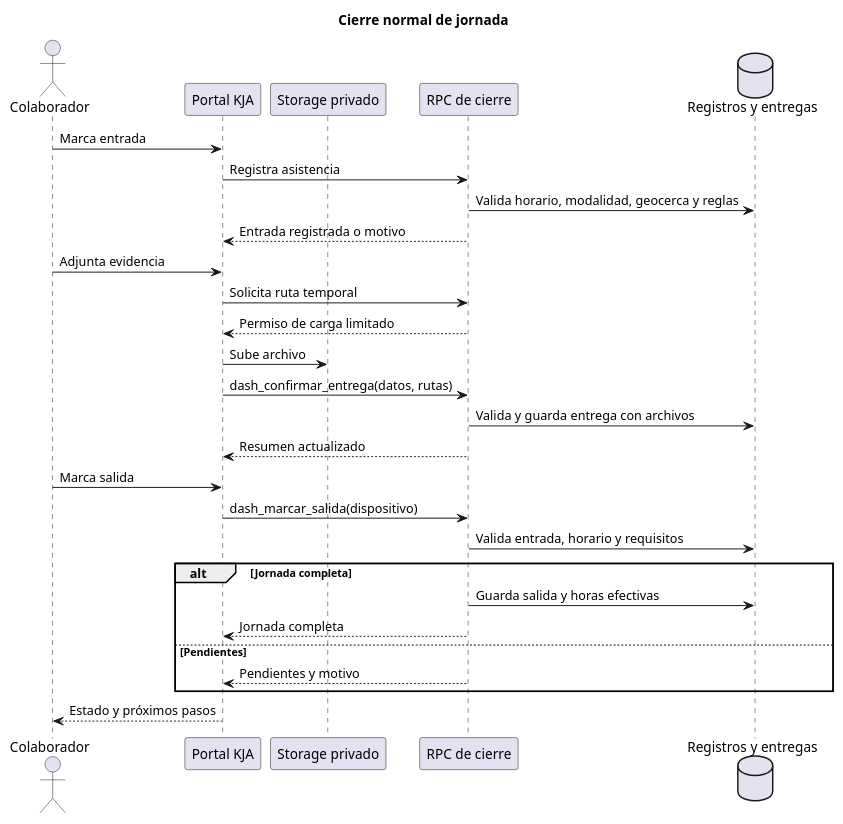
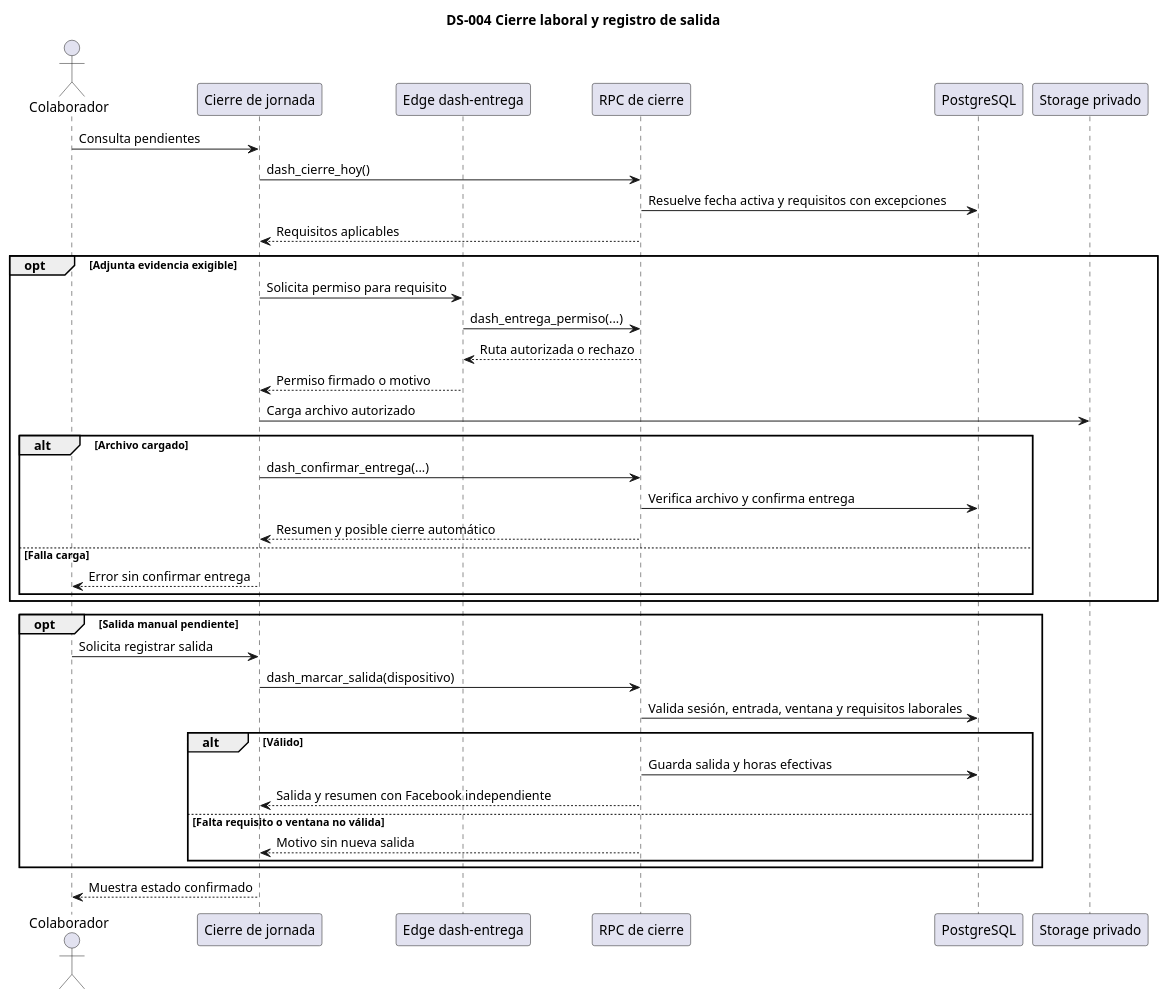
Before and after one commit to kjabienestar-ux/KJA: the fourth of 22 diagrams in docs/21-diagramas-secuencia-administracion-plantuml.md, drawn with PlantUML. The commit also changed other lines of this file and 4 other files, not shown here.

````diff
--- a/docs/21-diagramas-secuencia-administracion-plantuml.md
+++ b/docs/21-diagramas-secuencia-administracion-plantuml.md
@@ -106,34 +121,41 @@
 ```plantuml
 @startuml
-title Cierre normal de jornada
-actor Colaborador as Colab
-participant "Portal KJA" as Web
-participant "Storage privado" as Storage
-participant "RPC de cierre" as RPC
-database "Registros y entregas" as DB
-
-Colab -> Web: Marca entrada
-Web -> RPC: Registra asistencia
-RPC -> DB: Valida horario, modalidad, geocerca y reglas
-RPC --> Web: Entrada registrada o motivo
-
-Colab -> Web: Adjunta evidencia
-Web -> RPC: Solicita ruta temporal
-RPC --> Web: Permiso de carga limitado
-Web -> Storage: Sube archivo
-Web -> RPC: dash_confirmar_entrega(datos, rutas)
-RPC -> DB: Valida y guarda entrega con archivos
-RPC --> Web: Resumen actualizado
-
-Colab -> Web: Marca salida
-Web -> RPC: dash_marcar_salida(dispositivo)
-RPC -> DB: Valida entrada, horario y requisitos
-alt Jornada completa
-  RPC -> DB: Guarda salida y horas efectivas
-  RPC --> Web: Jornada completa
-else Pendientes
-  RPC --> Web: Pendientes y motivo
+title DS-004 Cierre laboral y registro de salida
+actor "Colaborador" as U
+participant "Cierre de jornada" as W
+participant "Edge dash-entrega" as E
+participant "RPC de cierre" as R
+participant "PostgreSQL" as B
+participant "Storage privado" as S
+U -> W: Consulta pendientes
+W -> R: dash_cierre_hoy()
+R -> B: Resuelve fecha activa y requisitos con excepciones
+R --> W: Requisitos aplicables
+opt Adjunta evidencia exigible
+W -> E: Solicita permiso para requisito
+E -> R: dash_entrega_permiso(...)
+R --> E: Ruta autorizada o rechazo
+E --> W: Permiso firmado o motivo
+W -> S: Carga archivo autorizado
+alt Archivo cargado
+W -> R: dash_confirmar_entrega(...)
+R -> B: Verifica archivo y confirma entrega
+R --> W: Resumen y posible cierre automático
+else Falla carga
+W --> U: Error sin confirmar entrega
 end
-Web --> Colab: Estado y próximos pasos
+end
+opt Salida manual pendiente
+U -> W: Solicita registrar salida
+W -> R: dash_marcar_salida(dispositivo)
+R -> B: Valida sesión, entrada, ventana y requisitos laborales
+alt Válido
+R -> B: Guarda salida y horas efectivas
+R --> W: Salida y resumen con Facebook independiente
+else Falta requisito o ventana no válida
+R --> W: Motivo sin nueva salida
+end
+end
+W --> U: Muestra estado confirmado
 @enduml
 ```
````
